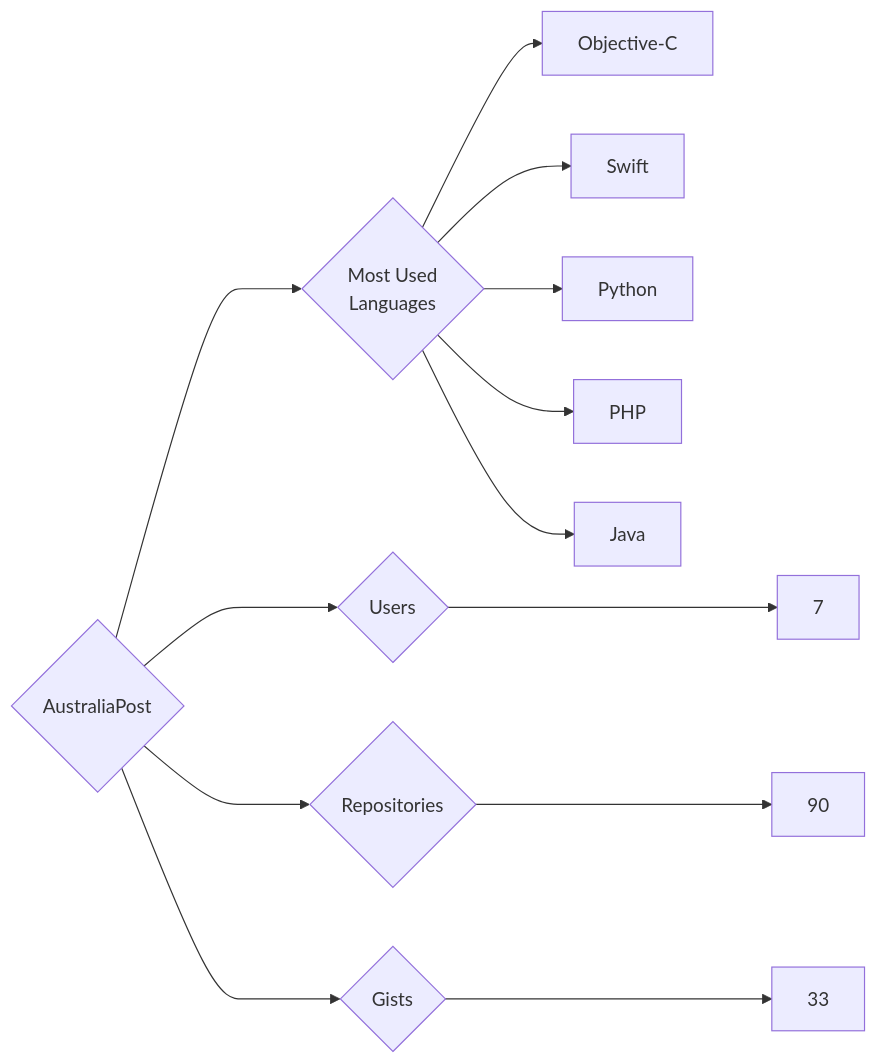
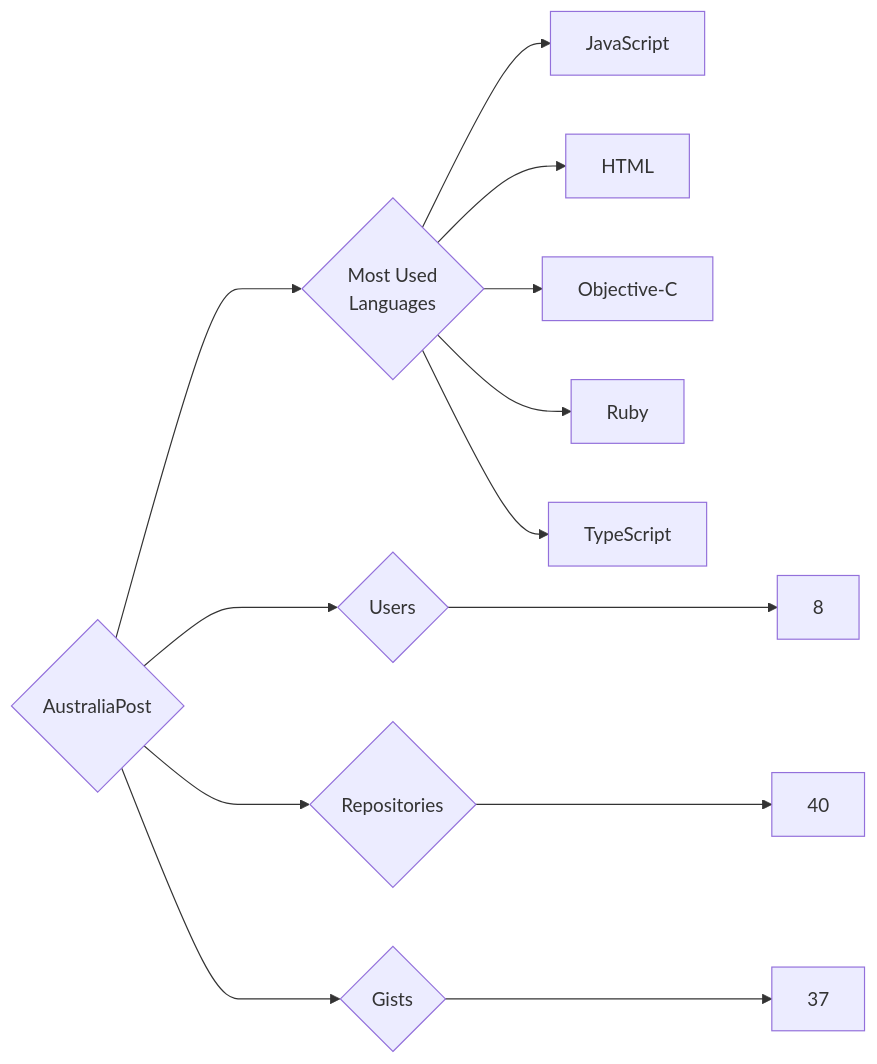
The diagram in targets/AustraliaPost/README.md (trickest/insiders), drawn with Mermaid before and after one commit. The commit also changed 1120 other files, not shown here.

````diff
--- a/targets/AustraliaPost/README.md
+++ b/targets/AustraliaPost/README.md
@@ -3,13 +3,13 @@
 ```mermaid
 graph LR
 COMPANY_NAME{AustraliaPost}
-COMPANY_NAME ---> U{Users} ---> UN[7]
-COMPANY_NAME ---> R{Repositories} ---> RN[90]
-COMPANY_NAME ---> G{Gists} ---> GN[33]
+COMPANY_NAME ---> U{Users} ---> UN[8]
+COMPANY_NAME ---> R{Repositories} ---> RN[40]
+COMPANY_NAME ---> G{Gists} ---> GN[37]
 COMPANY_NAME ---> ML{Most Used<br>Languages}
+ML --> JavaScript[JavaScript]
+ML --> HTML[HTML]
 ML --> Objective-C[Objective-C]
-ML --> Swift[Swift]
-ML --> Python[Python]
-ML --> PHP[PHP]
-ML --> Java[Java]
+ML --> Ruby[Ruby]
+ML --> TypeScript[TypeScript]
 ```
````
